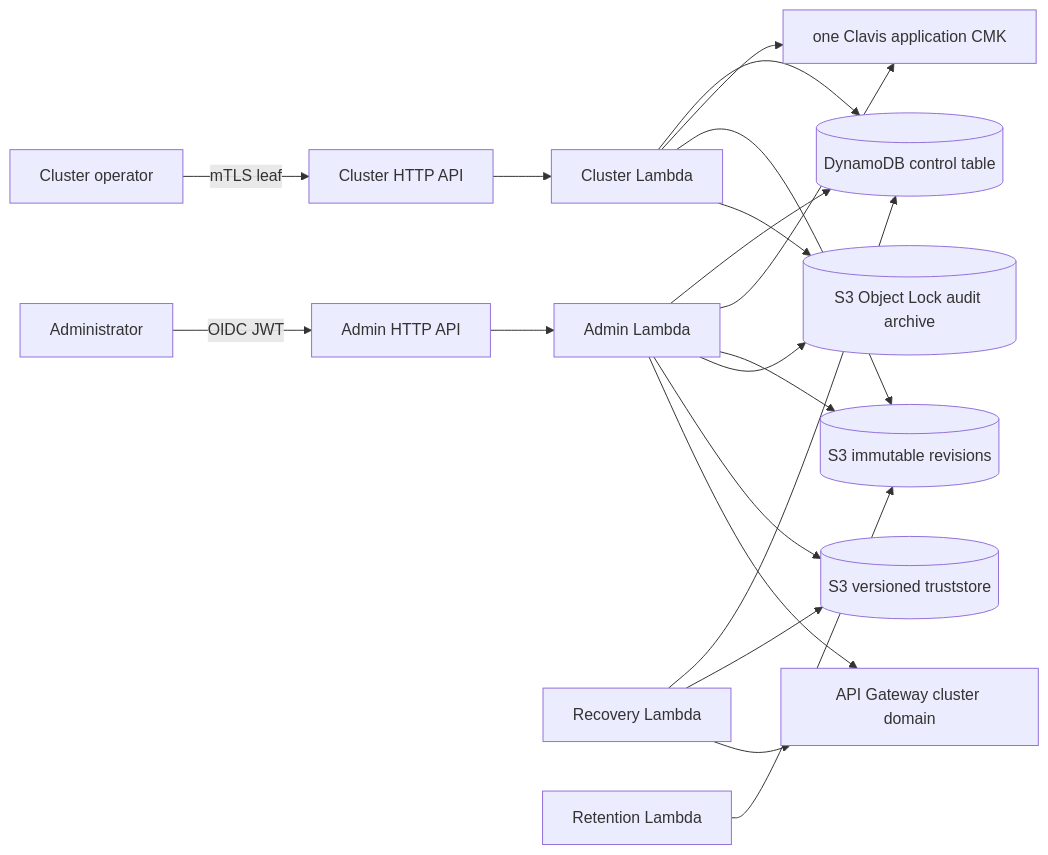
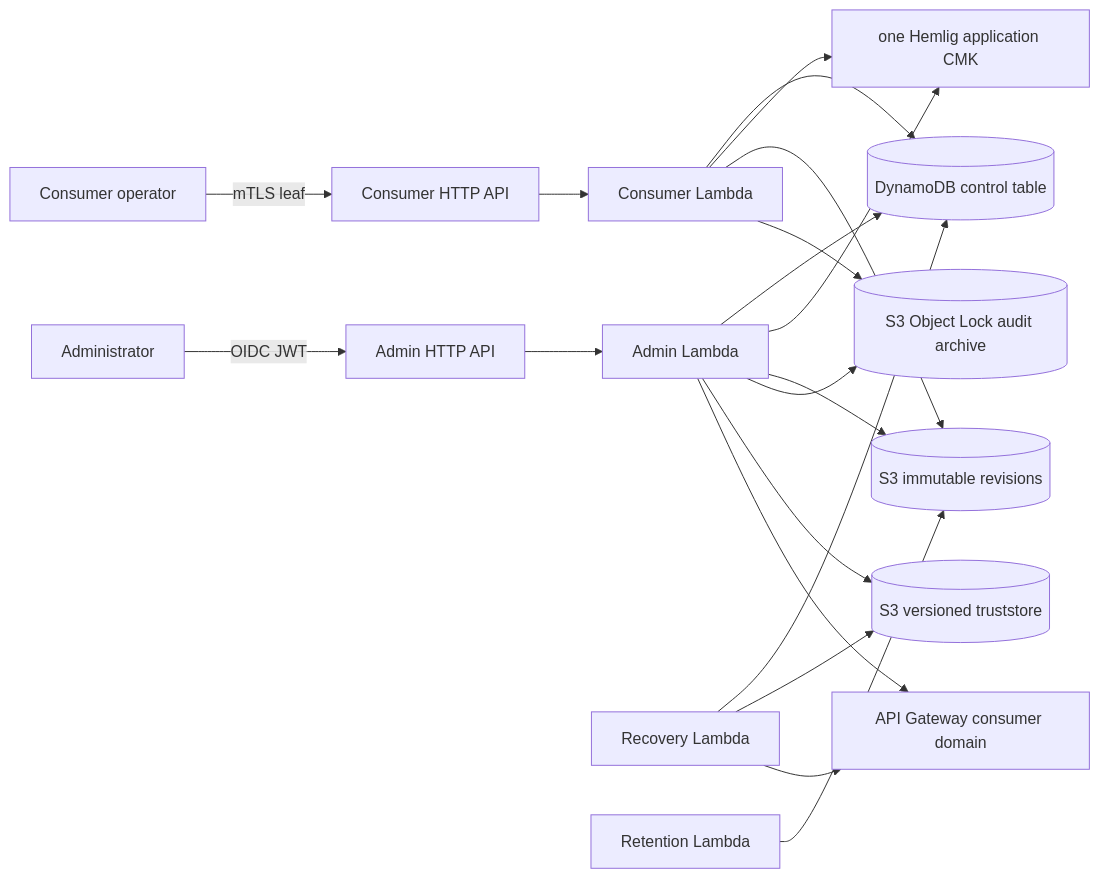
The diagram in docs/architecture.md (zyno-io/hemlig), drawn with Mermaid before and after one commit. The commit also changed other lines of this file and 115 other files, not shown here.

````diff
--- a/docs/architecture.md
+++ b/docs/architecture.md
@@ -24,21 +24,21 @@
 ```mermaid
 flowchart LR
   administrator[Administrator] -->|OIDC JWT| adminApi[Admin HTTP API]
-  operator[Cluster operator] -->|mTLS leaf| clusterApi[Cluster HTTP API]
+  operator[Consumer operator] -->|mTLS leaf| consumerApi[Consumer HTTP API]
   adminApi --> adminLambda[Admin Lambda]
-  clusterApi --> clusterLambda[Cluster Lambda]
+  consumerApi --> consumerLambda[Consumer Lambda]
   adminLambda --> table[(DynamoDB control table)]
-  clusterLambda --> table
-  adminLambda --> kms[one Clavis application CMK]
-  clusterLambda --> kms
+  consumerLambda --> table
+  adminLambda --> kms[one Hemlig application CMK]
+  consumerLambda --> kms
   adminLambda --> revisions[(S3 immutable revisions)]
-  clusterLambda --> revisions
+  consumerLambda --> revisions
   adminLambda --> audit[(S3 Object Lock audit archive)]
-  clusterLambda --> audit
+  consumerLambda --> audit
   recovery[Recovery Lambda] --> table
   adminLambda --> truststore[(S3 versioned truststore)]
   recovery --> truststore
-  adminLambda --> domain[API Gateway cluster domain]
+  adminLambda --> domain[API Gateway consumer domain]
   recovery --> domain
   retention[Retention Lambda] --> revisions
 ```
````
